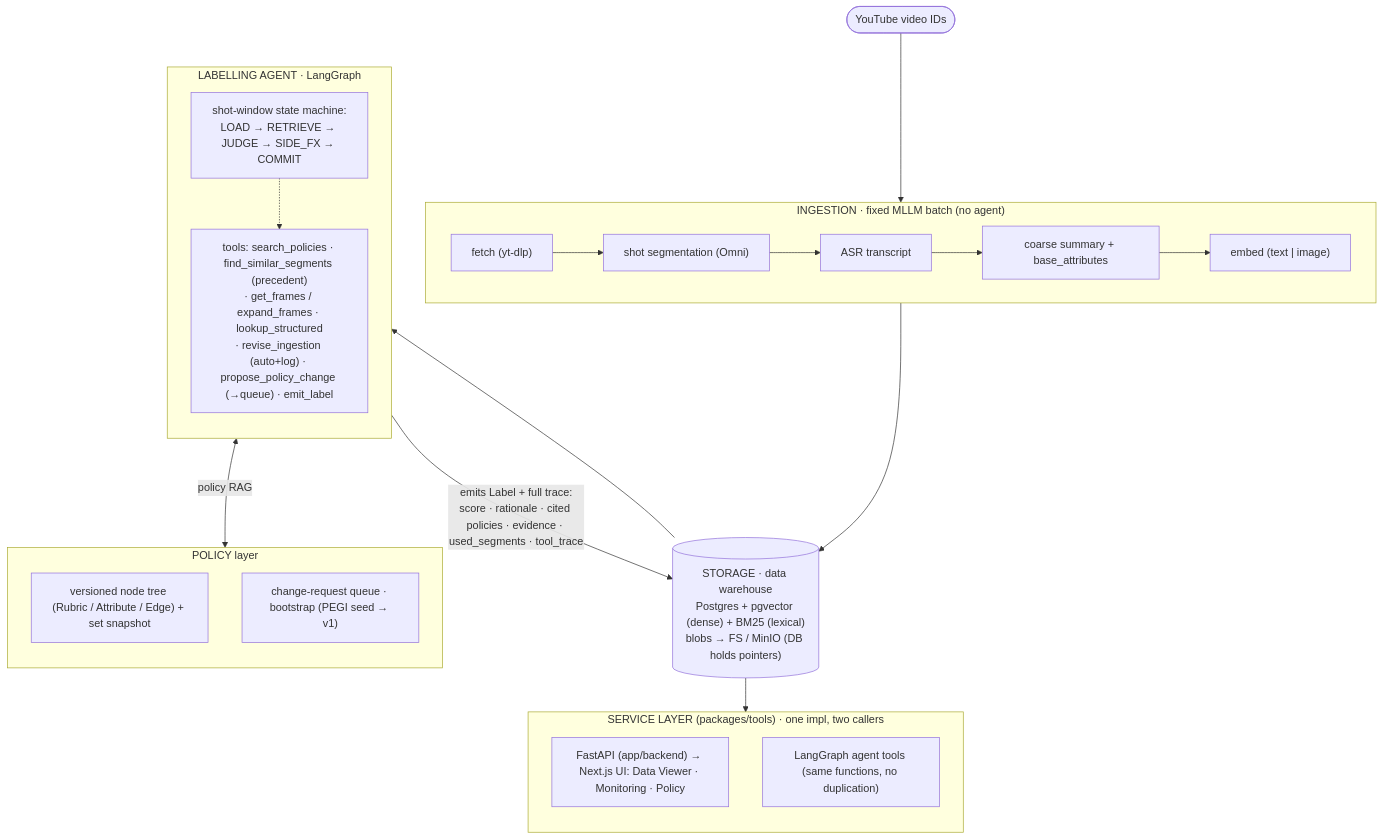
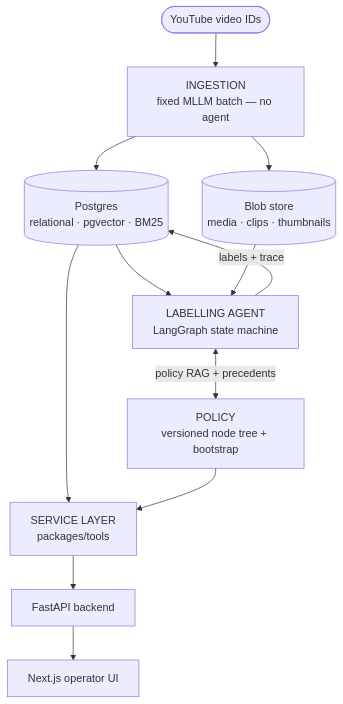
One commit to jhoowy/GV-Auto-Labelling-Agent changed the diagram in README.md. Above: the diagram before and after it, drawn with Mermaid.

Commit message:
Abstract the README architecture diagram
Collapse each subsystem to a single node, split storage into Postgres + blob store, and move the stage/tool detail to the docs (linked).

````diff
--- a/README.md
+++ b/README.md
@@ -11,37 +11,23 @@
 ```mermaid
 flowchart TB
   IDS(["YouTube video IDs"])
 
-  subgraph ING["INGESTION · fixed MLLM batch (no agent)"]
-    direction LR
-    F["fetch (yt-dlp)"] --> S["shot segmentation (Omni)"] --> A["ASR transcript"]
-    A --> C["coarse summary + base_attributes"] --> E["embed (text | image)"]
-  end
+  ING["INGESTION<br/>fixed MLLM batch — no agent"]
+  LAB["LABELLING AGENT<br/>LangGraph state machine"]
+  POL["POLICY<br/>versioned node tree + bootstrap"]
+  SVC["SERVICE LAYER<br/>packages/tools"]
+  API["FastAPI backend"]
+  UI["Next.js operator UI"]
 
-  STORE[("STORAGE · data warehouse<br/>Postgres + pgvector (dense) + BM25 (lexical)<br/>blobs → FS / MinIO (DB holds pointers)")]
+  PG[("Postgres<br/>relational · pgvector · BM25")]
+  BLOB[("Blob store<br/>media · clips · thumbnails")]
 
-  subgraph LAB["LABELLING AGENT · LangGraph"]
-    direction TB
-    STG["shot-window state machine:<br/>LOAD → RETRIEVE → JUDGE → SIDE_FX → COMMIT"]
-    TLS["tools: search_policies · find_similar_segments (precedent)<br/>· get_frames / expand_frames · lookup_structured<br/>· revise_ingestion (auto+log) · propose_policy_change (→queue) · emit_label"]
-    STG -.-> TLS
-  end
-
-  subgraph POL["POLICY layer"]
-    direction TB
-    PT["versioned node tree (Rubric / Attribute / Edge) + set snapshot"]
-    PQ["change-request queue · bootstrap (PEGI seed → v1)"]
-  end
-
-  subgraph SVC["SERVICE LAYER (packages/tools) · one impl, two callers"]
-    direction TB
-    API["FastAPI (app/backend) → Next.js UI: Data Viewer · Monitoring · Policy"]
-    AT["LangGraph agent tools (same functions, no duplication)"]
-  end
-
-  IDS --> ING --> STORE
-  STORE --> LAB
-  LAB <-->|"policy RAG"| POL
-  LAB -->|"emits Label + full trace:<br/>score · rationale · cited policies · evidence · used_segments · tool_trace"| STORE
-  STORE --> SVC
+  IDS --> ING
+  ING --> PG & BLOB
+  PG & BLOB --> LAB
+  LAB -->|"labels + trace"| PG
+  LAB <-->|"policy RAG + precedents"| POL
+  PG --> SVC
+  POL --> SVC
+  SVC --> API --> UI
 ```
````
